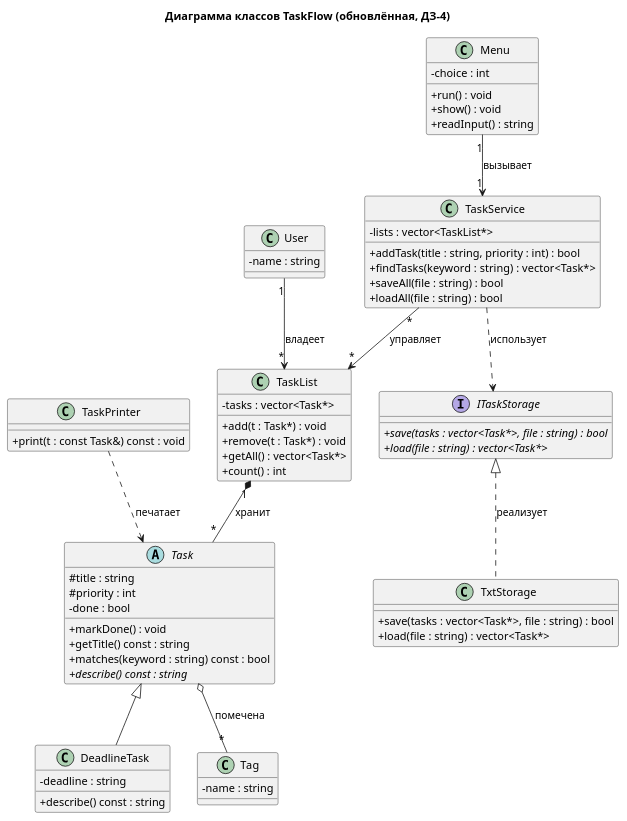
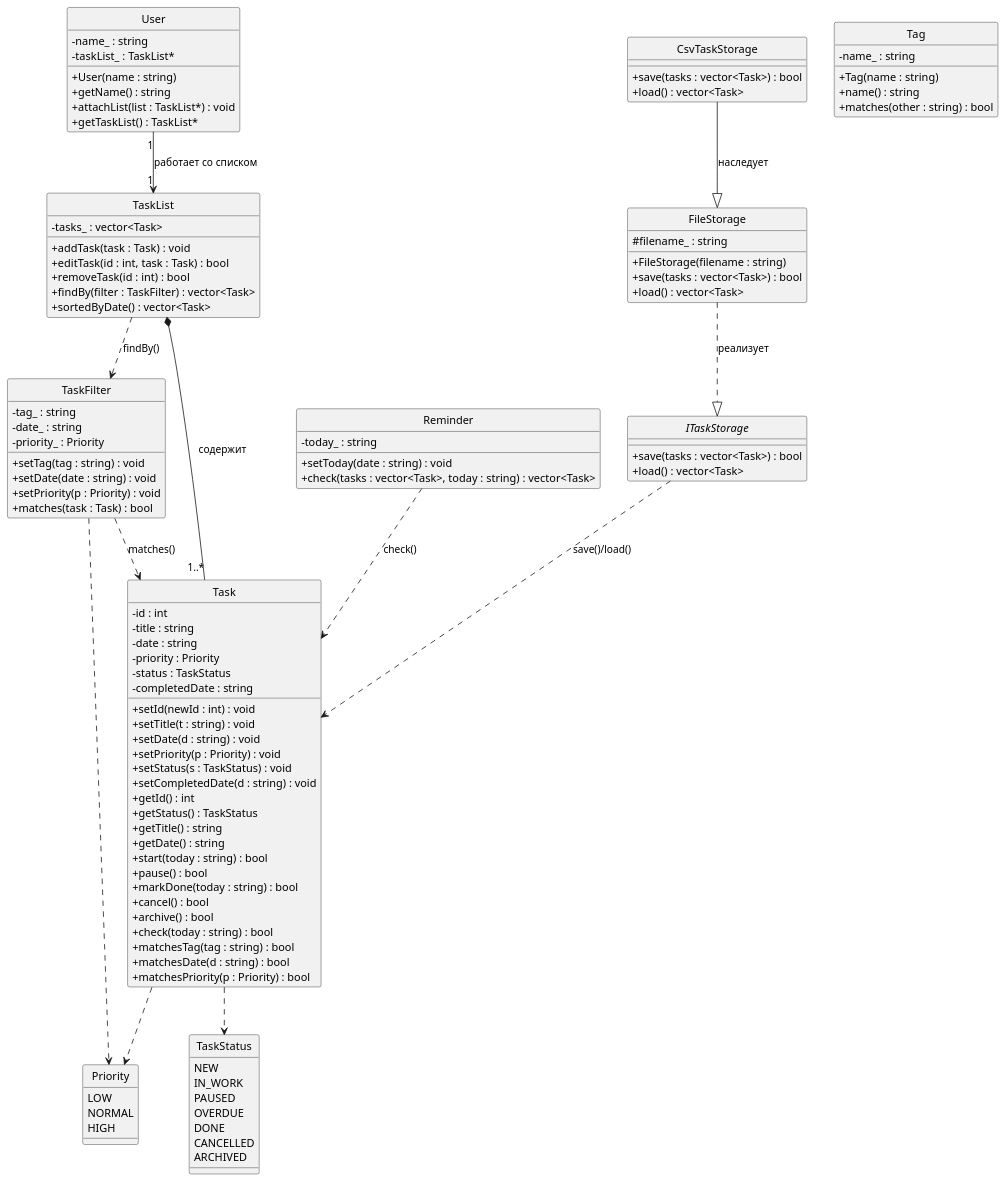
Before and after one commit to Ruslan1209/TaskFlow: the diagram in docs/uml/02_class_domain.puml, drawn with PlantUML.

```diff
--- a/docs/uml/02_class_domain.puml
+++ b/docs/uml/02_class_domain.puml
@@ -1,74 +1,118 @@
-@startuml 02_class_domain
+@startuml
+hide circle
 skinparam classAttributeIconSize 0
-title Диаграмма классов TaskFlow (обновлённая, ДЗ-4)
 
-class Menu {
-  - choice : int
-  + run() : void
-  + show() : void
-  + readInput() : string
+enum Priority {
+  LOW
+  NORMAL
+  HIGH
 }
 
-class TaskService {
-  - lists : vector<TaskList*>
-  + addTask(title : string, priority : int) : bool
-  + findTasks(keyword : string) : vector<Task*>
-  + saveAll(file : string) : bool
-  + loadAll(file : string) : bool
+enum TaskStatus {
+  NEW
+  IN_WORK
+  PAUSED
+  OVERDUE
+  DONE
+  CANCELLED
+  ARCHIVED
+}
+
+class Task {
+  - id : int
+  - title : string
+  - date : string
+  - priority : Priority
+  - status : TaskStatus
+  - completedDate : string
+  + setId(newId : int) : void
+  + setTitle(t : string) : void
+  + setDate(d : string) : void
+  + setPriority(p : Priority) : void
+  + setStatus(s : TaskStatus) : void
+  + setCompletedDate(d : string) : void
+  + getId() : int
+  + getStatus() : TaskStatus
+  + getTitle() : string
+  + getDate() : string
+  + start(today : string) : bool
+  + pause() : bool
+  + markDone(today : string) : bool
+  + cancel() : bool
+  + archive() : bool
+  + check(today : string) : bool
+  + matchesTag(tag : string) : bool
+  + matchesDate(d : string) : bool
+  + matchesPriority(p : Priority) : bool
+}
+
+class TaskList {
+  - tasks_ : vector<Task>
+  + addTask(task : Task) : void
+  + editTask(id : int, task : Task) : bool
+  + removeTask(id : int) : bool
+  + findBy(filter : TaskFilter) : vector<Task>
+  + sortedByDate() : vector<Task>
+}
+
+class TaskFilter {
+  - tag_ : string
+  - date_ : string
+  - priority_ : Priority
+  + setTag(tag : string) : void
+  + setDate(date : string) : void
+  + setPriority(p : Priority) : void
+  + matches(task : Task) : bool
 }
 
 class User {
-  - name : string
-}
-
-class TaskList {
-  - tasks : vector<Task*>
-  + add(t : Task*) : void
-  + remove(t : Task*) : void
-  + getAll() : vector<Task*>
-  + count() : int
-}
-
-abstract class Task {
-  # title : string
-  # priority : int
-  - done : bool
-  + markDone() : void
-  + getTitle() const : string
-  + matches(keyword : string) const : bool
-  + {abstract} describe() const : string
-}
-
-class DeadlineTask {
-  - deadline : string
-  + describe() const : string
+  - name_ : string
+  - taskList_ : TaskList*
+  + User(name : string)
+  + getName() : string
+  + attachList(list : TaskList*) : void
+  + getTaskList() : TaskList*
 }
 
 class Tag {
-  - name : string
+  - name_ : string
+  + Tag(name : string)
+  + name() : string
+  + matches(other : string) : bool
 }
 
-class TaskPrinter {
-  + print(t : const Task&) const : void
+class Reminder {
+  - today_ : string
+  + setToday(date : string) : void
+  + check(tasks : vector<Task>, today : string) : vector<Task>
 }
 
 interface ITaskStorage {
-  + {abstract} save(tasks : vector<Task*>, file : string) : bool
-  + {abstract} load(file : string) : vector<Task*>
+  + save(tasks : vector<Task>) : bool
+  + load() : vector<Task>
 }
 
-class TxtStorage {
-  + save(tasks : vector<Task*>, file : string) : bool
-  + load(file : string) : vector<Task*>
+class FileStorage {
+  # filename_ : string
+  + FileStorage(filename : string)
+  + save(tasks : vector<Task>) : bool
+  + load() : vector<Task>
 }
 
-User "1" --> "*" TaskList : владеет
-TaskList "1" *-- "*" Task : хранит
-Task o-- "*" Tag : помечена
-Task <|-- DeadlineTask
-TaskPrinter ..> Task : печатает
-TaskService "*" --> "*" TaskList : управляет
-TaskService ..> ITaskStorage : использует
-TxtStorage .up.|> ITaskStorage : реализует
-Menu "1" --> "1" TaskService : вызывает
+class CsvTaskStorage {
+  + save(tasks : vector<Task>) : bool
+  + load() : vector<Task>
+}
+
+TaskList *-- "1..*" Task : содержит
+User "1" --> "1" TaskList : работает со списком
+TaskList ..> TaskFilter : findBy()
+TaskFilter ..> Task : matches()
+Reminder ..> Task : check()
+ITaskStorage ..> Task : save()/load()
+FileStorage ..|> ITaskStorage : реализует
+CsvTaskStorage --|> FileStorage : наследует
+Task ..> Priority
+Task ..> TaskStatus
+TaskFilter ..> Priority
 @enduml
```
